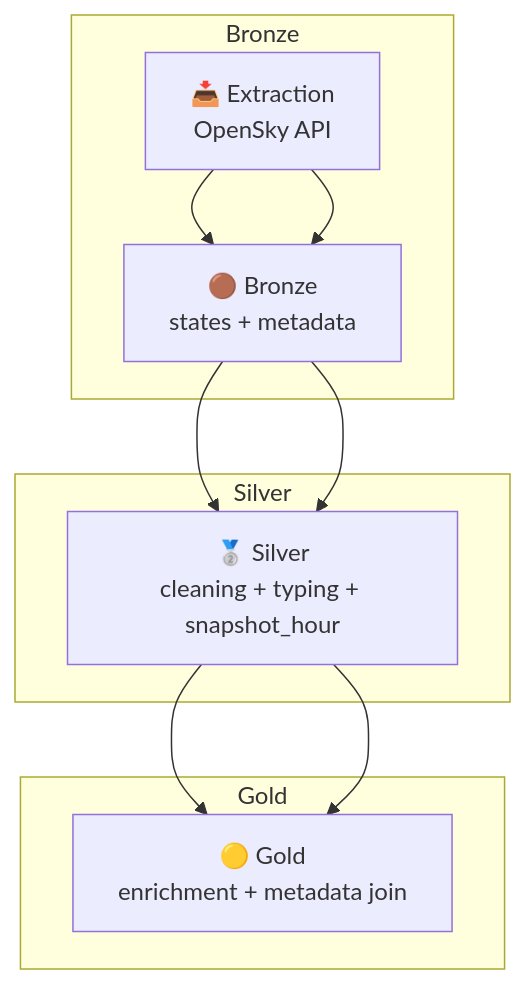
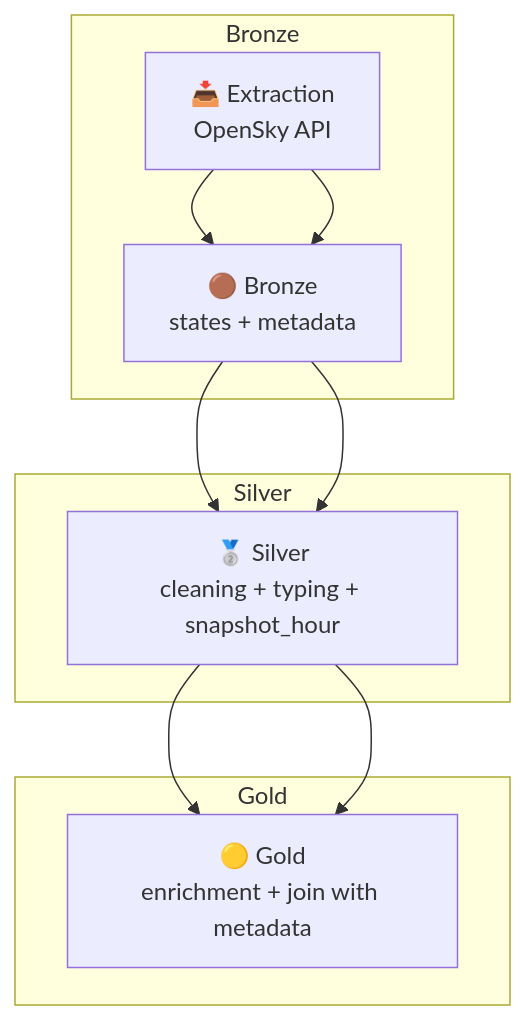
Before and after one commit to fernandezelias/ETL_OpenSky_Aviation: the diagram in README_EN.md, drawn with Mermaid. The commit also changed other lines of this file and 1 other file, not shown here.

````diff
--- a/README_EN.md
+++ b/README_EN.md
@@ -63,15 +74,19 @@
 ```mermaid
 flowchart TD
+
 A[📥 Extraction<br>OpenSky API] --> B[🟤 Bronze<br>states + metadata]
 B --> C[🥈 Silver<br>cleaning + typing + snapshot_hour]
-C --> D[🟡 Gold<br>enrichment + metadata join]
+C --> D[🟡 Gold<br>enrichment + join with metadata]
+
 subgraph Bronze
 A --> B
 end
+
 subgraph Silver
 B --> C
 end
+
 subgraph Gold
 C --> D
 end
 ```
````
